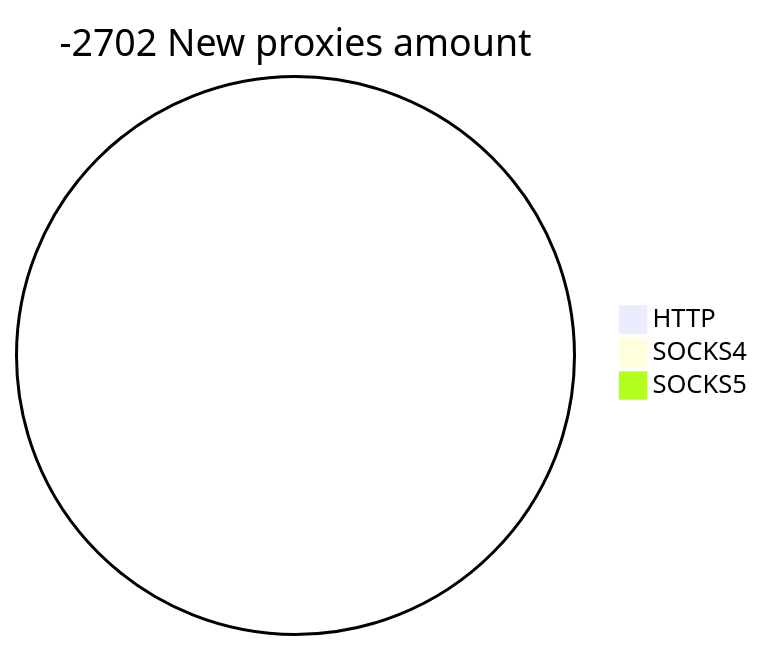
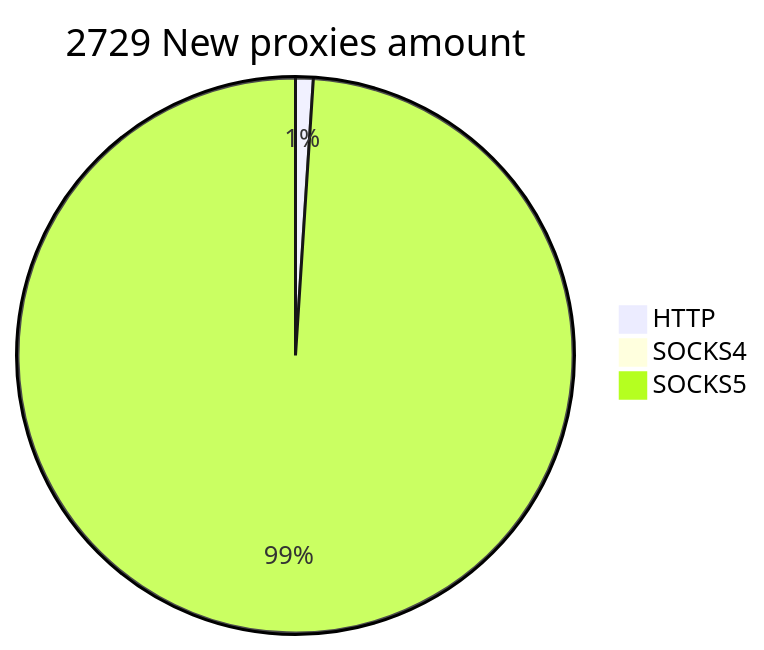
One commit to cutipu/proxylist changed the second of 2 diagrams in README.md. Above: the diagram before and after it, drawn with Mermaid. The commit also changed other lines of this file, not shown here.

````diff
--- a/README.md
+++ b/README.md
@@ -10,6 +10,6 @@
 ```mermaid
-pie title -2702 New proxies amount
-    "HTTP" : 0
+pie title 2729 New proxies amount
+    "HTTP" : 28
     "SOCKS4" : 0
-    "SOCKS5" : 0
+    "SOCKS5" : 2701
 ```
````
